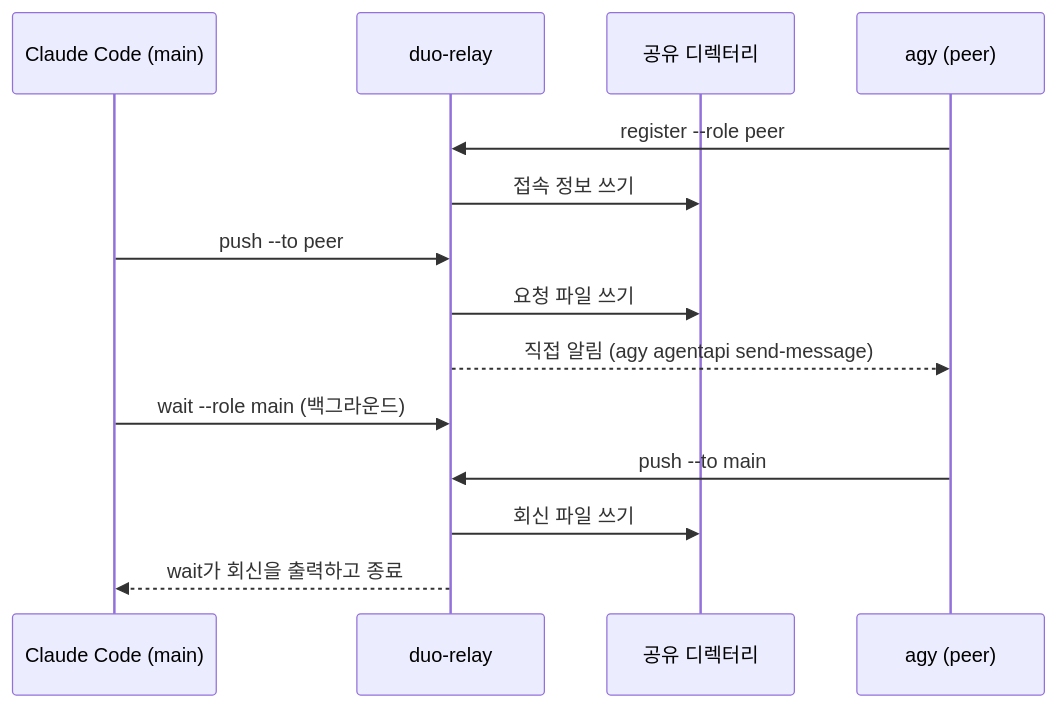
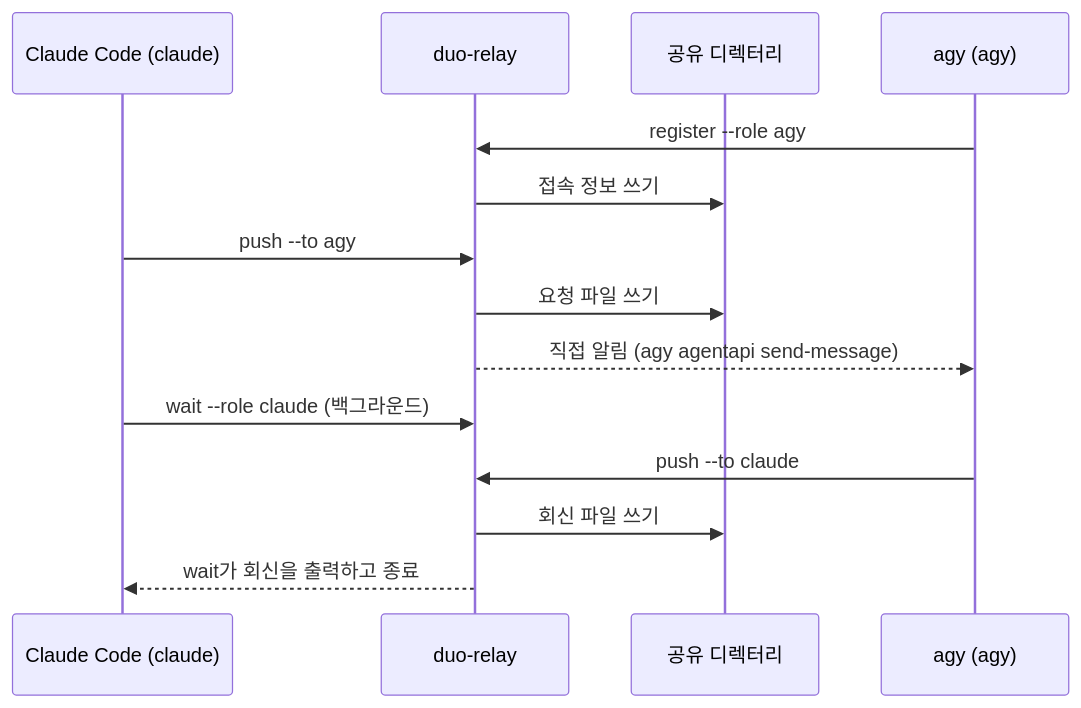
Before and after one commit to nil-park/claude-workflow-kit: the diagram in docs/architecture/duo-relay.md, drawn with Mermaid. The commit also changed other lines of this file and 7 other files, not shown here.

````diff
--- a/docs/architecture/duo-relay.md
+++ b/docs/architecture/duo-relay.md
@@ -9,17 +13,17 @@
 ```mermaid
 sequenceDiagram
-  participant M as Claude Code (main)
+  participant M as Claude Code (claude)
   participant D as duo-relay
   participant R as 공유 디렉터리
-  participant P as agy (peer)
+  participant P as agy (agy)
 
-  P->>D: register --role peer
+  P->>D: register --role agy
   D->>R: 접속 정보 쓰기
-  M->>D: push --to peer
+  M->>D: push --to agy
   D->>R: 요청 파일 쓰기
   D-->>P: 직접 알림 (agy agentapi send-message)
-  M->>D: wait --role main (백그라운드)
-  P->>D: push --to main
+  M->>D: wait --role claude (백그라운드)
+  P->>D: push --to claude
   D->>R: 회신 파일 쓰기
   D-->>M: wait가 회신을 출력하고 종료
 ```
````
